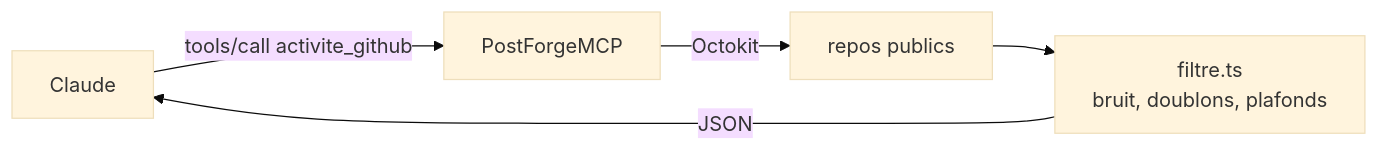
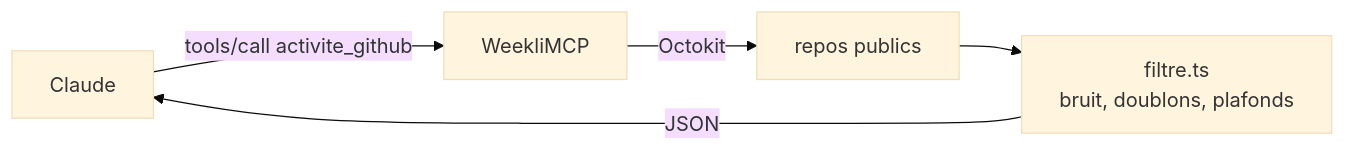
Before and after one commit to Souf-F/weekli: the third of 3 diagrams in docs/architecture.md, drawn with Mermaid (base theme). The commit also changed other lines of this file and 11 other files, not shown here.

````diff
--- a/docs/architecture.md
+++ b/docs/architecture.md
@@ -52,7 +52,7 @@
 ```mermaid
 flowchart LR
-    C[Claude] -->|tools/call activite_github| M[PostForgeMCP]
+    C[Claude] -->|tools/call activite_github| M[WeekliMCP]
     M -->|Octokit| L[repos publics]
     L --> F[filtre.ts<br/>bruit, doublons, plafonds]
     F -->|JSON| C
 ```
````
